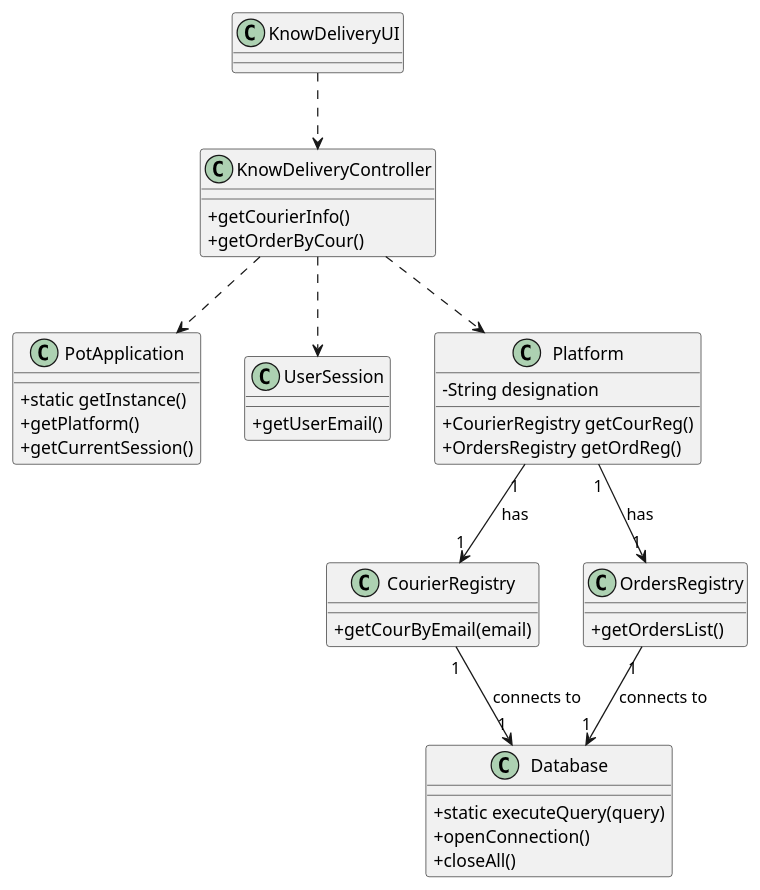
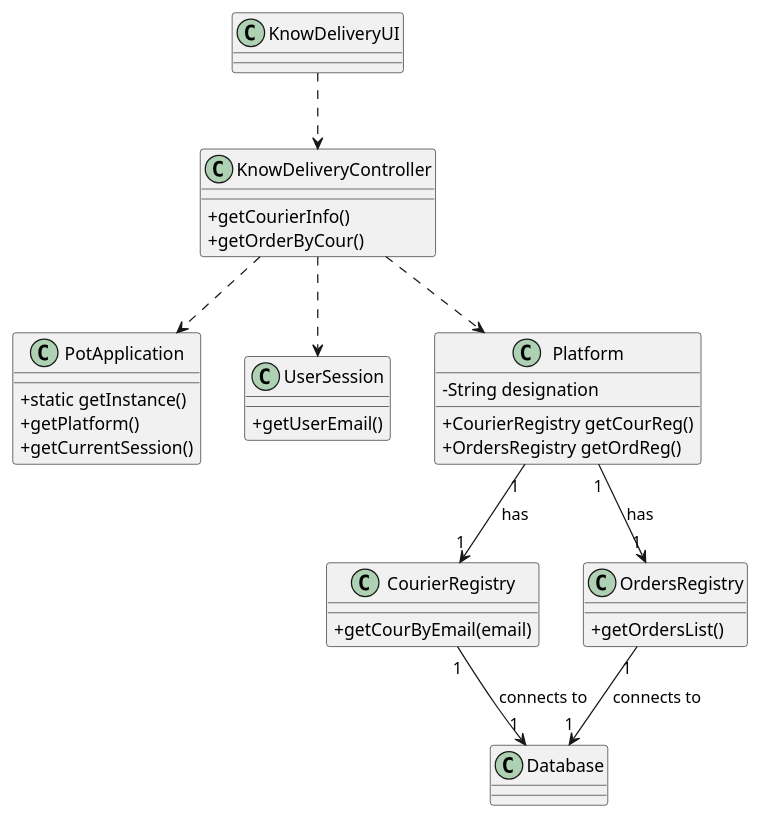
One commit to tiagoavcosta25/LAPR3 changed the diagram in docs/Iteration 1/Delivery Management/US48_KnowDelivery/US48_CD.puml. Above: the diagram before and after it, drawn with PlantUML. The commit also changed 6 other files, not shown here.

```diff
--- a/docs/Iteration 1/Delivery Management/US48_KnowDelivery/US48_CD.puml
+++ b/docs/Iteration 1/Delivery Management/US48_KnowDelivery/US48_CD.puml
@@ -1,51 +1,47 @@
 @startuml
 skinparam classAttributeIconSize 0
 
 class PotApplication
 {
   +static getInstance()
   +getPlatform()
   +getCurrentSession()
 }
-class Database{
-   +static executeQuery(query)
-   +openConnection()
-   +closeAll()
-}
+
 class UserSession
 {
   +getUserEmail()
 }
 class KnowDeliveryUI{
 
 }
 
 class KnowDeliveryController{
 +getCourierInfo()
 +getOrderByCour()
 }
 
 class Platform {
   -String designation
   +CourierRegistry getCourReg()
   +OrdersRegistry getOrdReg()
 }
 class CourierRegistry{
 +getCourByEmail(email)
 }
 
 class OrdersRegistry{
 +getOrdersList()
 }
 
 
 KnowDeliveryUI ..> KnowDeliveryController
 KnowDeliveryController ..> Platform
 KnowDeliveryController ..> PotApplication
 KnowDeliveryController ..> UserSession
 Platform "1" --> "1" CourierRegistry : has
 Platform "1" --> "1" OrdersRegistry : has
 CourierRegistry "1" --> "1" Database : connects to
 OrdersRegistry "1" --> "1" Database : connects to
 
 @enduml
```
